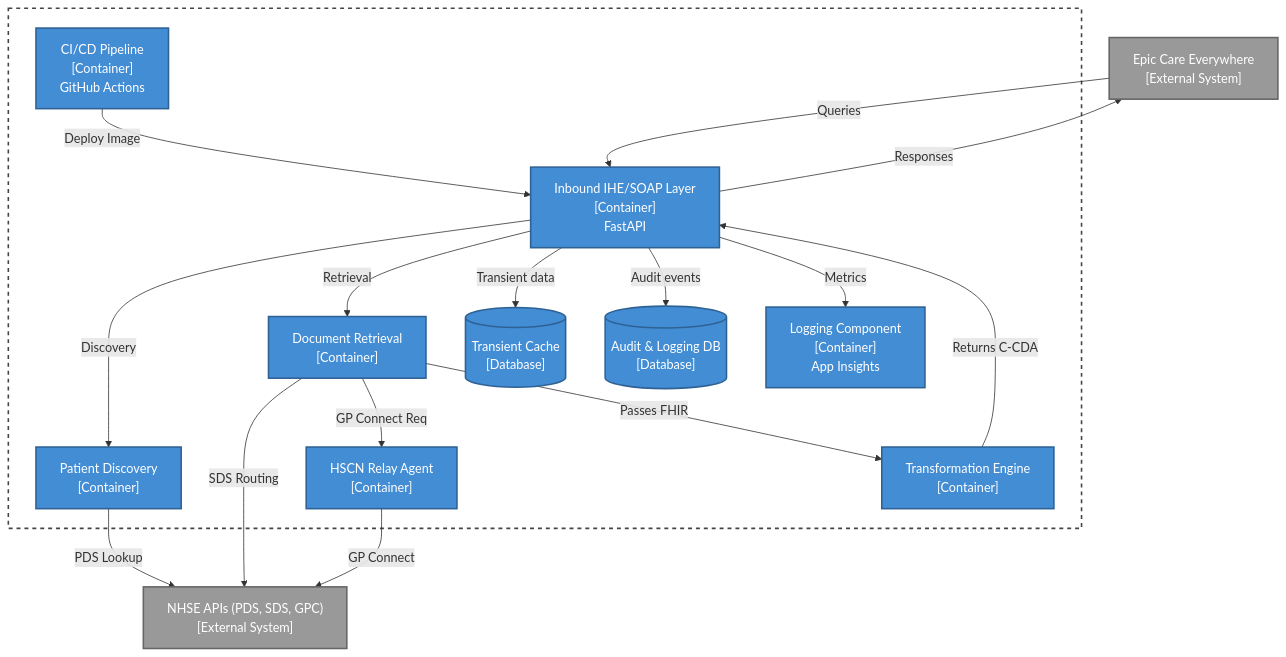
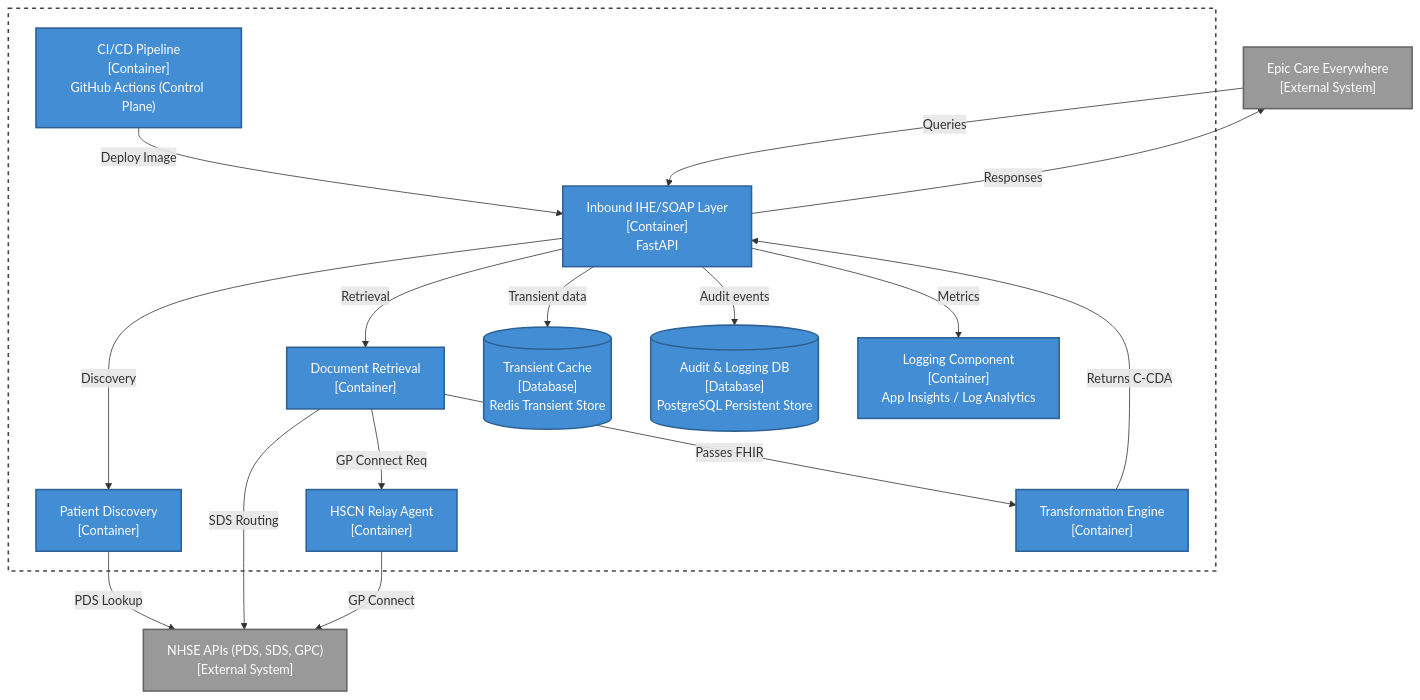
The second of 6 diagrams in docs/technical_architecture.md (UCLH-Digital-Innovation-Hub/Xhuma), drawn with Mermaid before and after one commit. The commit also changed other lines of this file and 2 other files, not shown here.

Commit message:
docs: sanitise generic resource names and align technical architecture flows

````diff
--- a/docs/technical_architecture.md
+++ b/docs/technical_architecture.md
@@ -41,47 +41,47 @@
 ```mermaid
 flowchart TD
     classDef system fill:#1168bd,color:#fff,stroke:#0b4884,stroke-width:2px;
     classDef ext_system fill:#999,color:#fff,stroke:#666,stroke-width:2px;
     classDef container fill:#438dd5,color:#fff,stroke:#2e6295,stroke-width:2px;
     classDef db fill:#438dd5,color:#fff,stroke:#2e6295,stroke-width:2px;
     classDef boundary fill:none,color:#fff,stroke:#444,stroke-width:2px,stroke-dasharray: 5 5;
 
     %% External Systems
     Epic["Epic Care Everywhere\n[External System]"]:::ext_system
     NHSE["NHSE APIs (PDS, SDS, GPC)\n[External System]"]:::ext_system
 
-    %% UCLH Boundary
-    subgraph UCLHBoundary[System Boundary - Xhuma / UCLH]
-        CICD["CI/CD Pipeline\n[Container]\nGitHub Actions"]:::container
+    %% Trust Boundary
+    subgraph TrustBoundary[System Boundary - Xhuma / Target Site]
+        CICD["CI/CD Pipeline\n[Container]\nGitHub Actions (Control Plane)"]:::container
         API["Inbound IHE/SOAP Layer\n[Container]\nFastAPI"]:::container
         PDS["Patient Discovery\n[Container]"]:::container
         Ret["Document Retrieval\n[Container]"]:::container
         Trans["Transformation Engine\n[Container]"]:::container
-        Audit[("Audit & Logging DB\n[Database]")]:::db
-        Cache[("Transient Cache\n[Database]")]:::db
-        Mon["Logging Component\n[Container]\nApp Insights"]:::container
+        Audit[("Audit & Logging DB\n[Database]\nPostgreSQL Persistent Store")]:::db
+        Cache[("Transient Cache\n[Database]\nRedis Transient Store")]:::db
+        Mon["Logging Component\n[Container]\nApp Insights / Log Analytics"]:::container
         Relay["HSCN Relay Agent\n[Container]"]:::container
     end
-    class UCLHBoundary boundary;
+    class TrustBoundary boundary;
 
     %% Relationships
     CICD -->|Deploy Image| API
     
     Epic -->|Queries| API
     API -->|Responses| Epic
     
     API -->|Discovery| PDS
     API -->|Retrieval| Ret
     
     PDS -->|PDS Lookup| NHSE
     Ret -->|SDS Routing| NHSE
     Ret -->|GP Connect Req| Relay
     Relay -->|GP Connect| NHSE
     
     Ret -->|Passes FHIR| Trans
     Trans -->|Returns C-CDA| API
     
     API -->|Transient data| Cache
     API -->|Audit events| Audit
     API -->|Metrics| Mon
 ```
````
